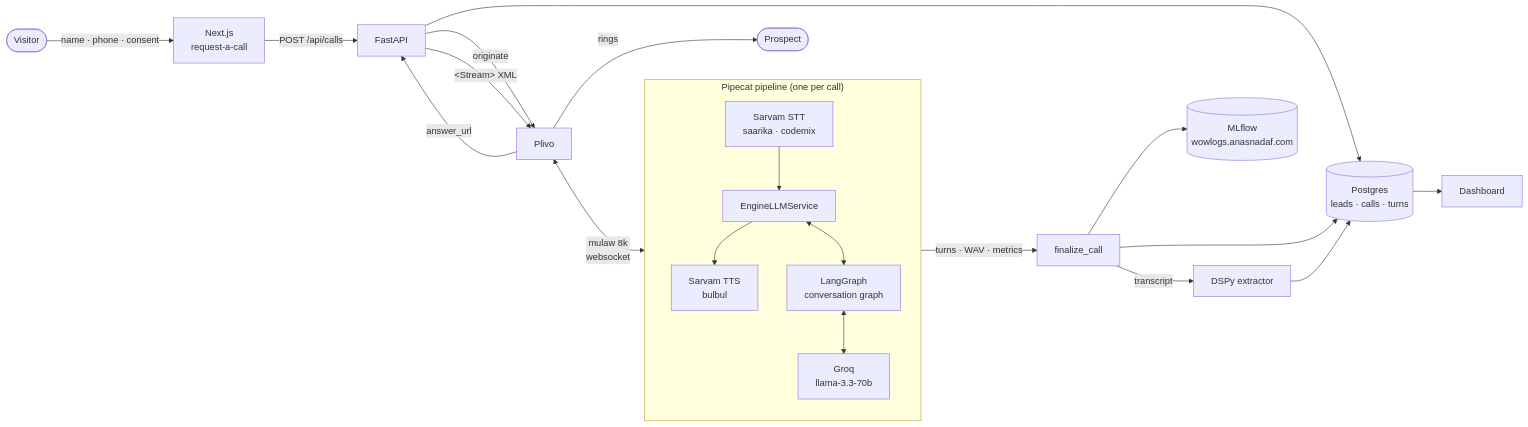
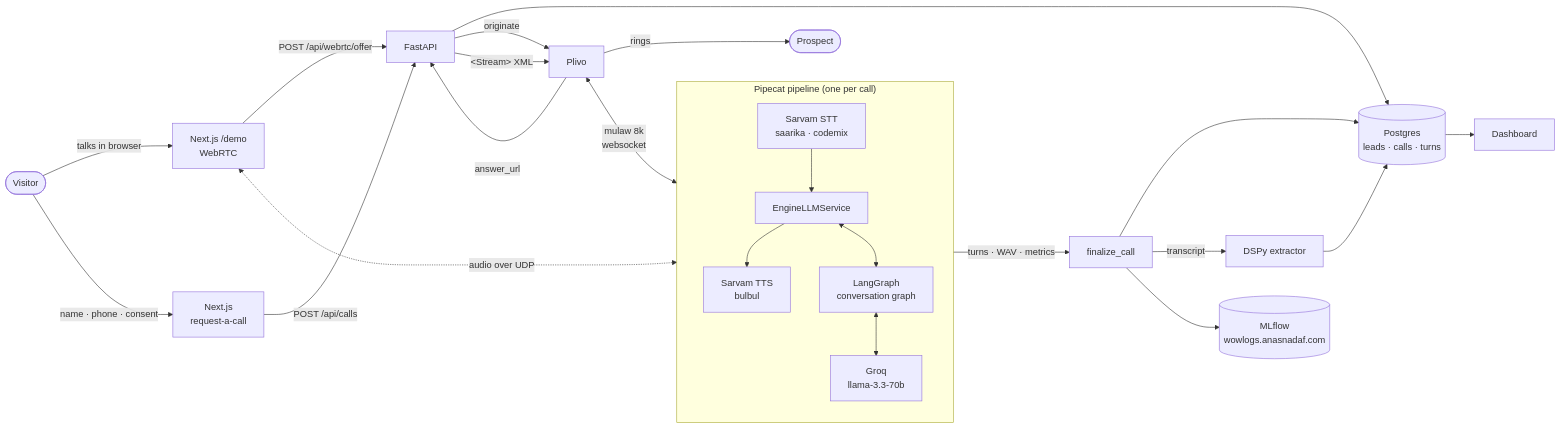
One commit to anasnadaf/wow-voice-agent changed the diagram in docs/architecture.md. Above: the diagram before and after it, drawn with Mermaid. The commit also changed other lines of this file and 22 other files, not shown here.

Commit message:
feat(demo): shareable browser voice demo with first-class web calls (#20)

````diff
--- a/docs/architecture.md
+++ b/docs/architecture.md
@@ -5,26 +5,29 @@
 ```mermaid
 flowchart LR
-    V(["Visitor"]) -->|"name · phone · consent"| WEB["Next.js<br/>request-a-call"]
-    WEB -->|"POST /api/calls"| API["FastAPI"]
+    V(["Visitor"]) -->|"talks in browser"| DEMO["Next.js /demo<br/>WebRTC"]
+    V -->|"name · phone · consent"| WEB["Next.js<br/>request-a-call"]
+    DEMO -->|"POST /api/webrtc/offer"| API["FastAPI"]
+    DEMO <-.->|"audio over UDP"| PIPE
+    WEB -->|"POST /api/calls"| API
     API --> DB[("Postgres<br/>leads · calls · turns")]
     API -->|"originate"| PL["Plivo"]
     PL -->|"rings"| P(["Prospect"])
     PL -->|"answer_url"| API
     API -->|"&lt;Stream&gt; XML"| PL
     PL <-->|"mulaw 8k<br/>websocket"| PIPE
 
     subgraph PIPE["Pipecat pipeline (one per call)"]
         direction TB
         STT["Sarvam STT<br/>saarika · codemix"] --> BR["EngineLLMService"]
         BR --> TTS["Sarvam TTS<br/>bulbul"]
         BR <--> LG["LangGraph<br/>conversation graph"]
         LG <--> GRQ["Groq<br/>llama-3.3-70b"]
     end
 
     PIPE -->|"turns · WAV · metrics"| POST["finalize_call"]
     POST --> DB
     POST -->|"transcript"| DSPY["DSPy extractor"]
     DSPY --> DB
     POST --> ML[("MLflow<br/>wowlogs.anasnadaf.com")]
     DB --> DASH["Dashboard"]
 ```
````
